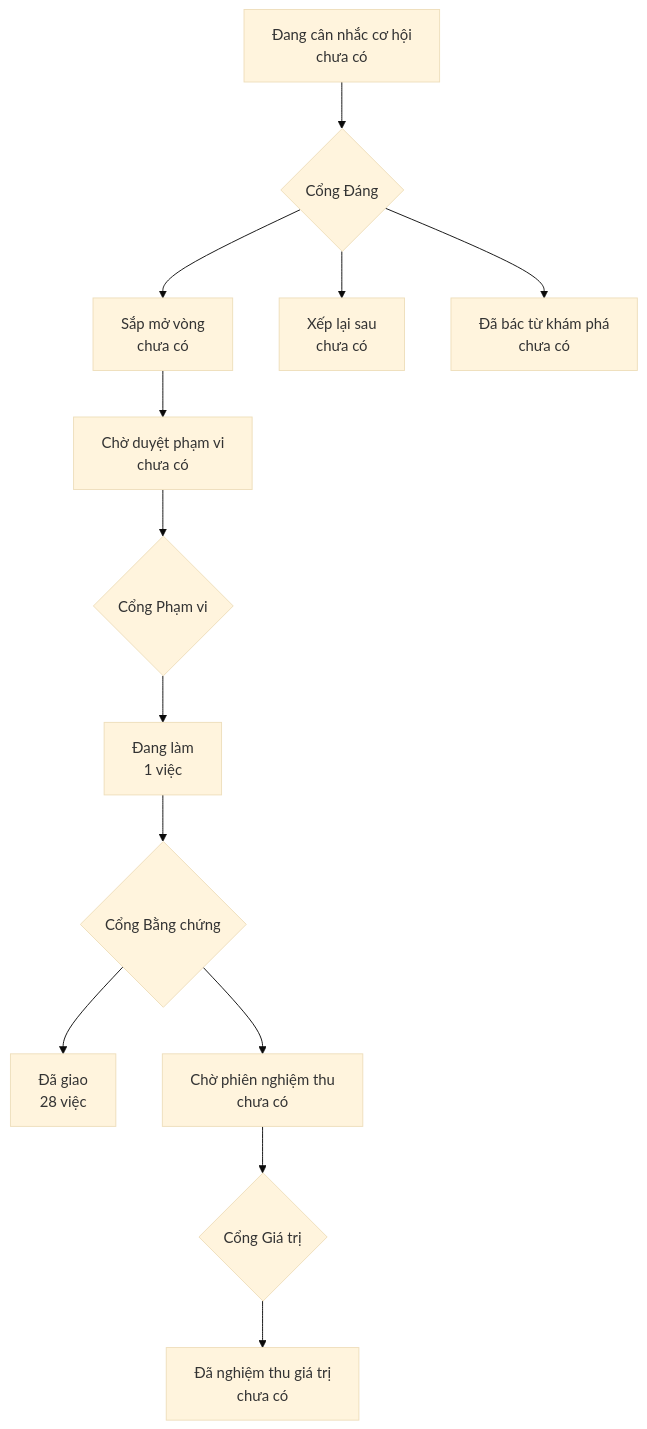
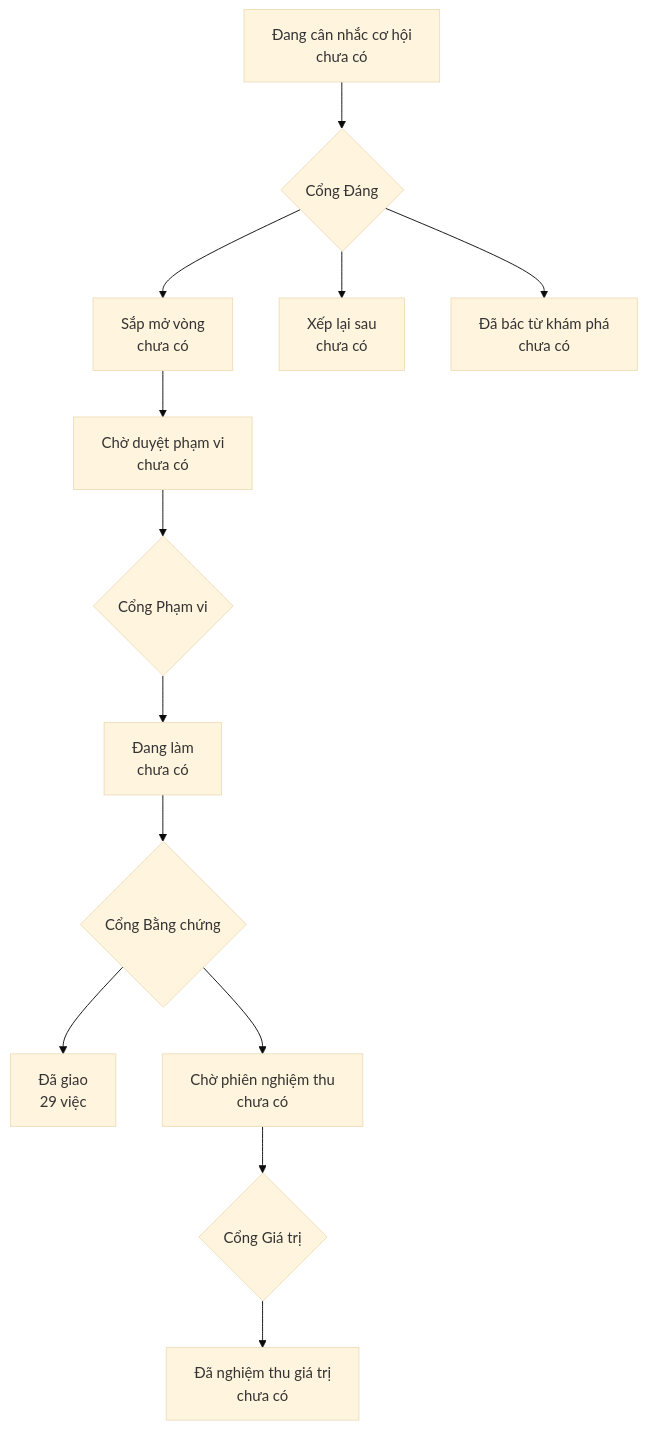
Before and after one commit to phanlemanh/acceptance-gate-kit: the diagram in PRODUCT-MAP.md, drawn with Mermaid (base theme). The commit also changed other lines of this file, not shown here.

Commit message:
chore: vẽ lại bản đồ sản phẩm — workspace-reader-unification signed-off

````diff
--- a/PRODUCT-MAP.md
+++ b/PRODUCT-MAP.md
@@ -6,12 +6,12 @@
 ```mermaid
 flowchart TD
   A["Đang cân nhắc cơ hội<br/>chưa có"] --> GD{"Cổng Đáng"}
   GD --> B["Sắp mở vòng<br/>chưa có"]
   GD --> XL["Xếp lại sau<br/>chưa có"]
   GD --> DB["Đã bác từ khám phá<br/>chưa có"]
   B --> CD["Chờ duyệt phạm vi<br/>chưa có"] --> GP{"Cổng Phạm vi"}
-  GP --> DL["Đang làm<br/>1 việc"] --> GB{"Cổng Bằng chứng"}
-  GB --> DG["Đã giao<br/>28 việc"]
+  GP --> DL["Đang làm<br/>chưa có"] --> GB{"Cổng Bằng chứng"}
+  GB --> DG["Đã giao<br/>29 việc"]
   GB --> CN["Chờ phiên nghiệm thu<br/>chưa có"] --> GG{"Cổng Giá trị"}
   GG --> NT["Đã nghiệm thu giá trị<br/>chưa có"]
 ```
````
